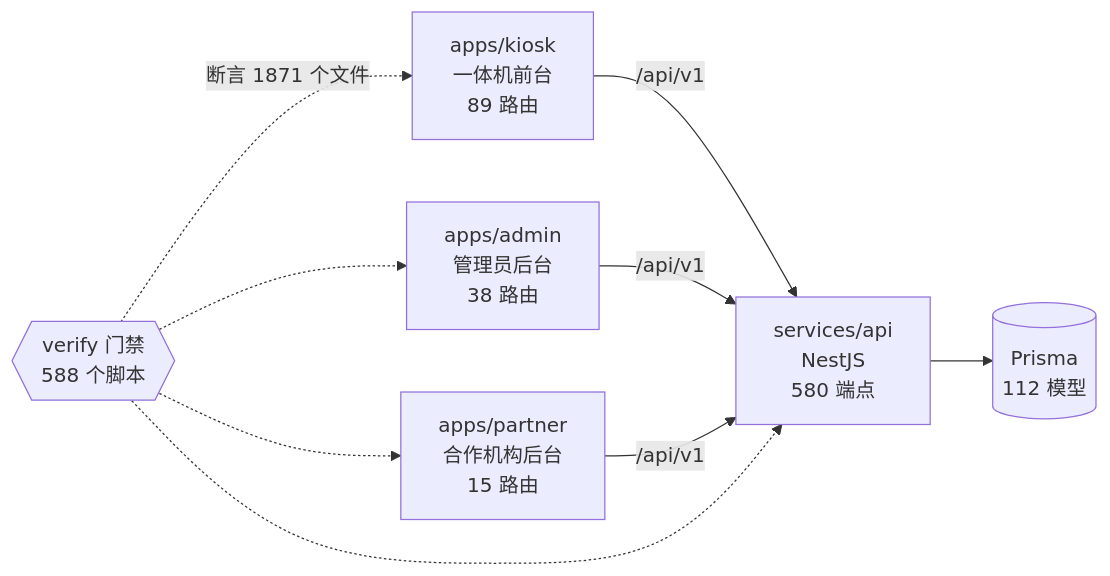
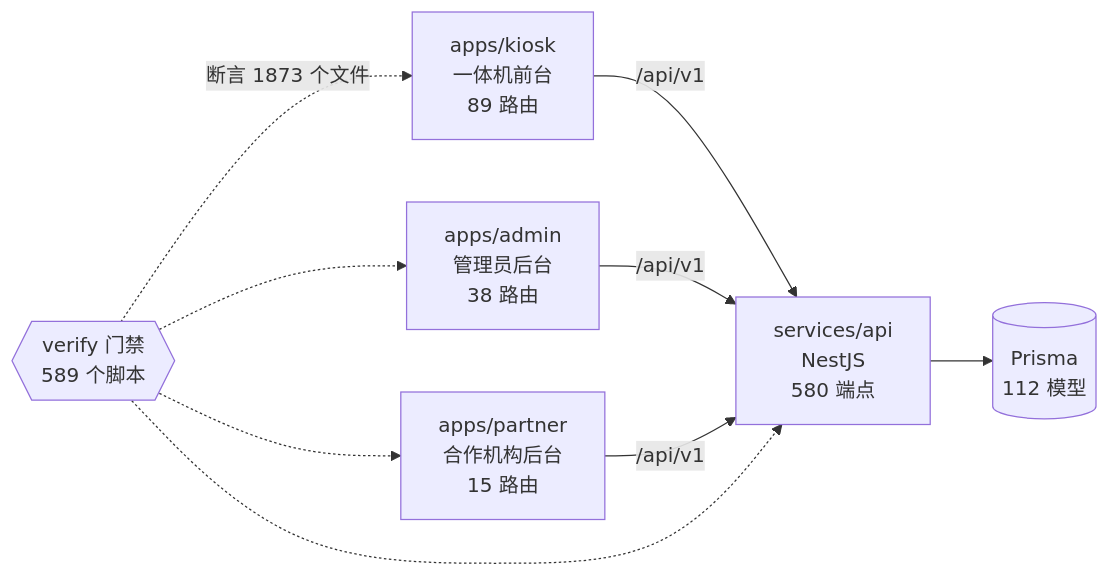
Before and after one commit to wanglei581/YITIJI: the diagram in docs/graph/README.md, drawn with Mermaid. The commit also changed other lines of this file and 2 other files, not shown here.

Commit message:
chore(graph): 重生图谱

````diff
--- a/docs/graph/README.md
+++ b/docs/graph/README.md
@@ -68,18 +68,18 @@
 ```mermaid
 flowchart LR
   kiosk["apps/kiosk<br/>一体机前台<br/>89 路由"]
   admin["apps/admin<br/>管理员后台<br/>38 路由"]
   partner["apps/partner<br/>合作机构后台<br/>15 路由"]
   api["services/api<br/>NestJS<br/>580 端点"]
   db[("Prisma<br/>112 模型")]
-  gates{{"verify 门禁<br/>588 个脚本"}}
+  gates{{"verify 门禁<br/>589 个脚本"}}
 
   kiosk -->|"/api/v1"| api
   admin -->|"/api/v1"| api
   partner -->|"/api/v1"| api
   api --> db
-  gates -.->|"断言 1871 个文件"| kiosk
+  gates -.->|"断言 1873 个文件"| kiosk
   gates -.-> admin
   gates -.-> partner
   gates -.-> api
 ```
````
